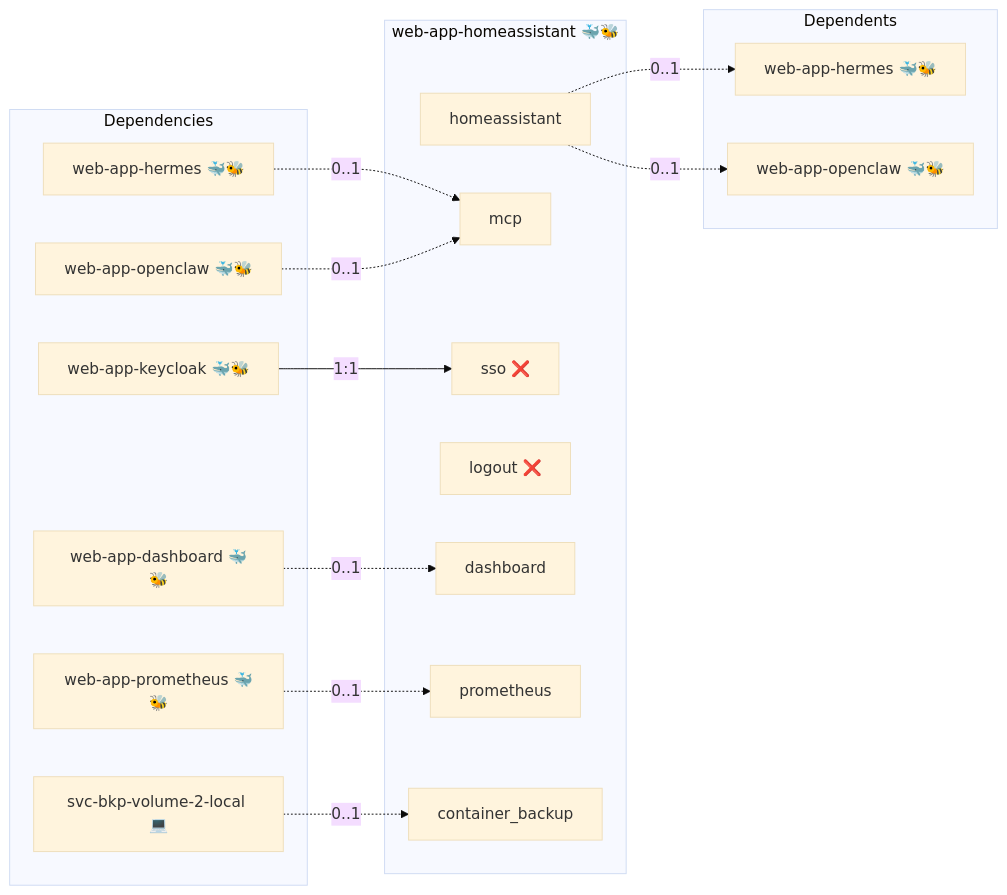
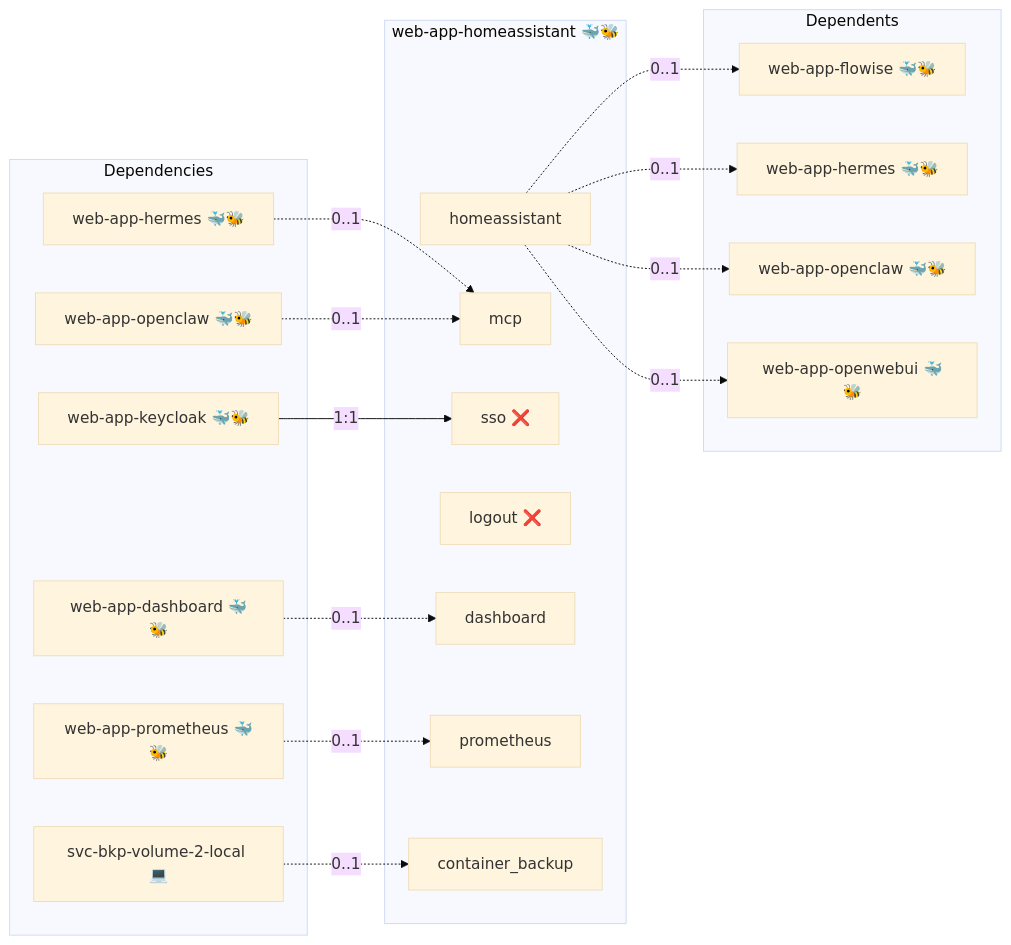
Before and after one commit to infinito-nexus/core: the diagram in roles/web-app-homeassistant/README.md, drawn with Mermaid (base theme). The commit also changed other lines of this file and 2 other files, not shown here.

First line of the commit message:
feat(homeassistant): carry the MCP provenance in the role

````diff
--- a/roles/web-app-homeassistant/README.md
+++ b/roles/web-app-homeassistant/README.md
@@ -15,32 +15,36 @@
 ```mermaid
 flowchart LR
     subgraph deps [Dependencies]
         dep_svc_bkp_volume_2_local["svc-bkp-volume-2-local 💻"]
         dep_web_app_dashboard["web-app-dashboard 🐳🐝"]
         dep_web_app_hermes["web-app-hermes 🐳🐝"]
         dep_web_app_keycloak["web-app-keycloak 🐳🐝"]
         dep_web_app_openclaw["web-app-openclaw 🐳🐝"]
         dep_web_app_prometheus["web-app-prometheus 🐳🐝"]
     end
     subgraph role [web-app-homeassistant 🐳🐝]
         svc_homeassistant["homeassistant"]
         svc_mcp["mcp"]
         svc_sso["sso ❌"]
         svc_logout["logout ❌"]
         svc_dashboard["dashboard"]
         svc_prometheus["prometheus"]
         svc_container_backup["container_backup"]
     end
     subgraph dependents [Dependents]
+        dpt_web_app_flowise["web-app-flowise 🐳🐝"]
         dpt_web_app_hermes["web-app-hermes 🐳🐝"]
         dpt_web_app_openclaw["web-app-openclaw 🐳🐝"]
+        dpt_web_app_openwebui["web-app-openwebui 🐳🐝"]
     end
     dep_svc_bkp_volume_2_local -. "0..1" .-> svc_container_backup
     dep_web_app_dashboard -. "0..1" .-> svc_dashboard
     dep_web_app_hermes -. "0..1" .-> svc_mcp
     dep_web_app_keycloak -- "1:1" --> svc_sso
     dep_web_app_openclaw -. "0..1" .-> svc_mcp
     dep_web_app_prometheus -. "0..1" .-> svc_prometheus
+    svc_homeassistant -. "0..1" .-> dpt_web_app_flowise
     svc_homeassistant -. "0..1" .-> dpt_web_app_hermes
     svc_homeassistant -. "0..1" .-> dpt_web_app_openclaw
+    svc_homeassistant -. "0..1" .-> dpt_web_app_openwebui
 ```
````
